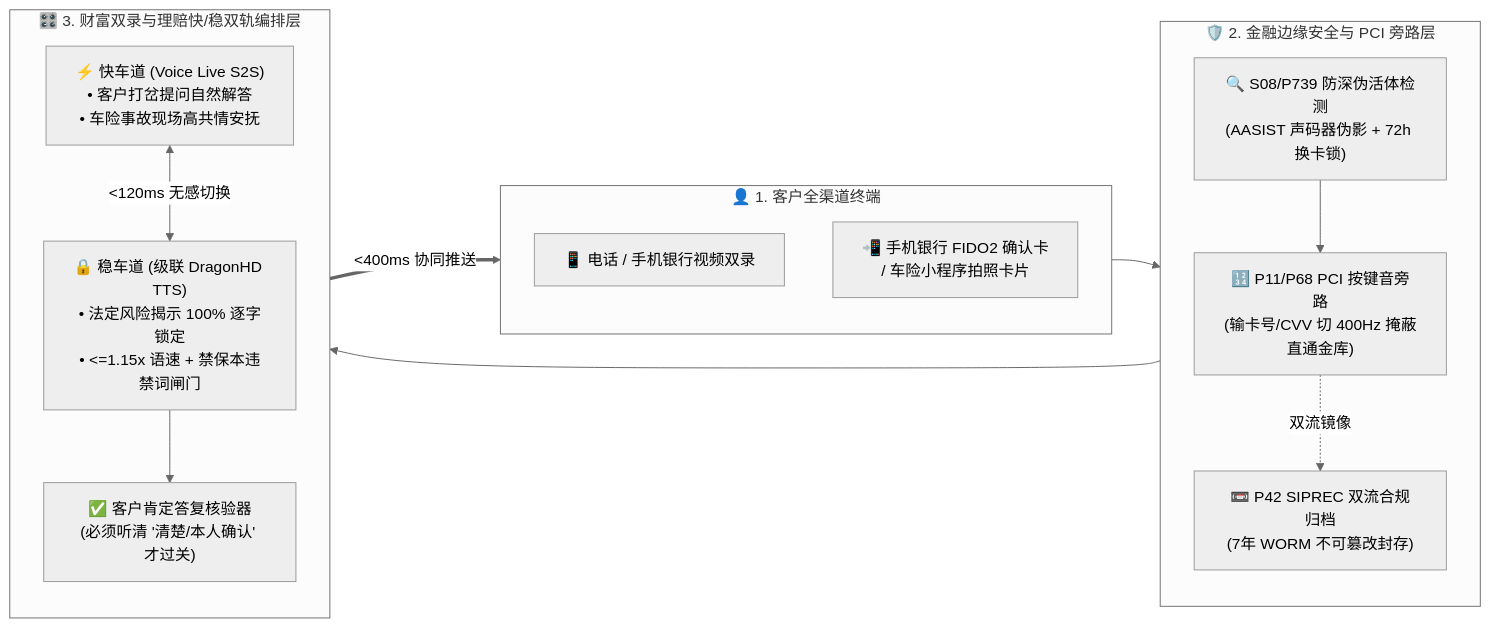
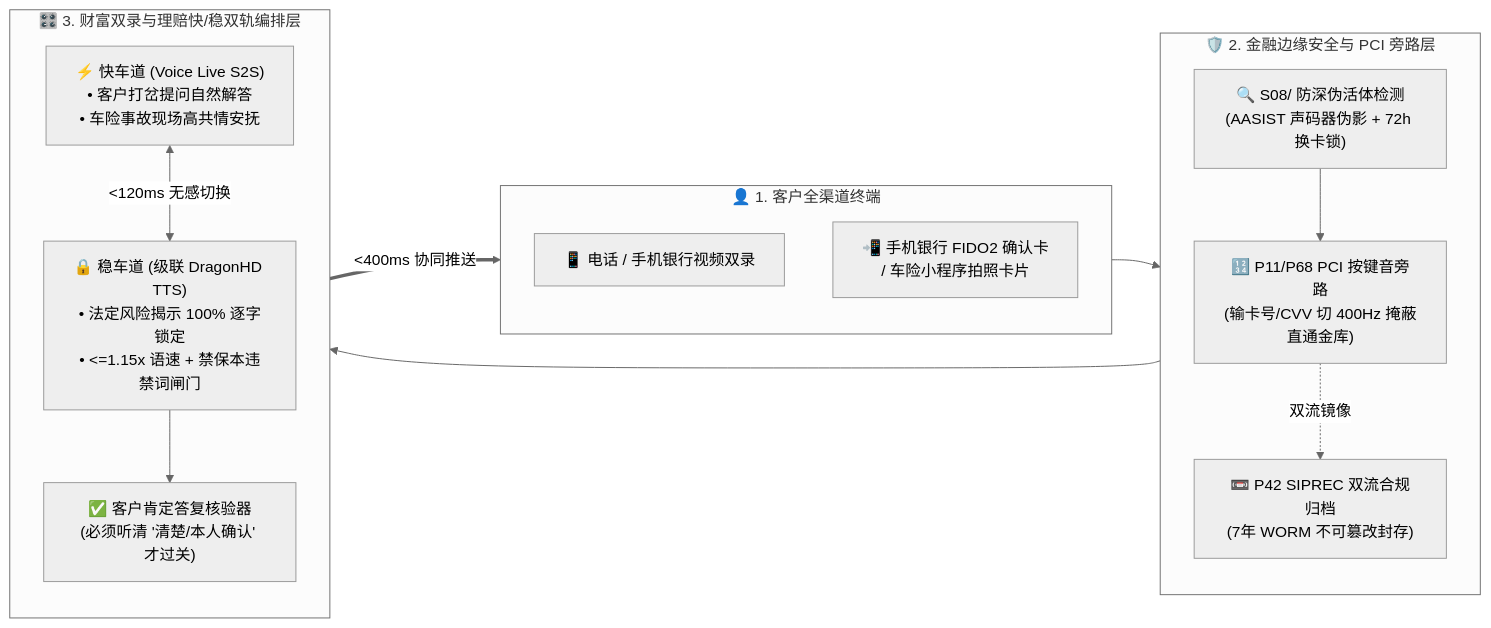
One commit to turbo998/voice-agent-lab changed the second of 3 diagrams in docs/bfsi-wealth-dual-recording-claims-compliant-outbound-voice-selection-faq.md. Above: the diagram before and after it, drawn with Mermaid (neutral theme). The commit also changed other lines of this file and 715 other files, not shown here.

````diff
--- a/docs/bfsi-wealth-dual-recording-claims-compliant-outbound-voice-selection-faq.md
+++ b/docs/bfsi-wealth-dual-recording-claims-compliant-outbound-voice-selection-faq.md
@@ -103,27 +103,27 @@
 ```mermaid
 flowchart LR
-    subgraph Caller["👤 1. 客户全渠道终端"]
-        direction TB
-        Phone["📱 电话 / 手机银行视频双录"]
-        AppCard["📲 手机银行 FIDO2 确认卡<br/>/ 车险小程序拍照卡片"]
-    end
+ subgraph Caller["👤 1. 客户全渠道终端"]
+ direction TB
+ Phone["📱 电话 / 手机银行视频双录"]
+ AppCard["📲 手机银行 FIDO2 确认卡<br/>/ 车险小程序拍照卡片"]
+ end
 
-    subgraph EdgeGuard["🛡️ 2. 金融边缘安全与 PCI 旁路层"]
-        direction TB
-        AntiDeepfake["🔍 S08/P739 防深伪活体检测<br/>(AASIST 声码器伪影 + 72h 换卡锁)"]
-        PciBypass["🔢 P11/P68 PCI 按键音旁路<br/>(输卡号/CVV 切 400Hz 掩蔽直通金库)"]
-        Siprec["📼 P42 SIPREC 双流合规归档<br/>(7年 WORM 不可篡改封存)"]
-    end
+ subgraph EdgeGuard["🛡️ 2. 金融边缘安全与 PCI 旁路层"]
+ direction TB
+ AntiDeepfake["🔍 S08/ 防深伪活体检测<br/>(AASIST 声码器伪影 + 72h 换卡锁)"]
+ PciBypass["🔢 P11/P68 PCI 按键音旁路<br/>(输卡号/CVV 切 400Hz 掩蔽直通金库)"]
+ Siprec["📼 P42 SIPREC 双流合规归档<br/>(7年 WORM 不可篡改封存)"]
+ end
 
-    subgraph DualBrain["🎛️ 3. 财富双录与理赔快/稳双轨编排层"]
-        direction TB
-        FastLane["⚡ 快车道 (Voice Live S2S)<br/>• 客户打岔提问自然解答<br/>• 车险事故现场高共情安抚"]
-        SafeLane["🔒 稳车道 (级联 DragonHD TTS)<br/>• 法定风险揭示 100% 逐字锁定<br/>• <=1.15x 语速 + 禁保本违禁词闸门"]
-        AffirmGate["✅ 客户肯定答复核验器<br/>(必须听清 '清楚/本人确认' 才过关)"]
-        FastLane <-->|"<120ms 无感切换"| SafeLane --> AffirmGate
-    end
+ subgraph DualBrain["🎛️ 3. 财富双录与理赔快/稳双轨编排层"]
+ direction TB
+ FastLane["⚡ 快车道 (Voice Live S2S)<br/>• 客户打岔提问自然解答<br/>• 车险事故现场高共情安抚"]
+ SafeLane["🔒 稳车道 (级联 DragonHD TTS)<br/>• 法定风险揭示 100% 逐字锁定<br/>• <=1.15x 语速 + 禁保本违禁词闸门"]
+ AffirmGate["✅ 客户肯定答复核验器<br/>(必须听清 '清楚/本人确认' 才过关)"]
+ FastLane <-->|"<120ms 无感切换"| SafeLane --> AffirmGate
+ end
 
-    Phone --> AntiDeepfake --> PciBypass --> DualBrain
-    PciBypass -.->|"双流镜像"| Siprec
-    DualBrain ==>|"<400ms 协同推送"| AppCard
+ Phone --> AntiDeepfake --> PciBypass --> DualBrain
+ PciBypass -.->|"双流镜像"| Siprec
+ DualBrain ==>|"<400ms 协同推送"| AppCard
 ```
````
